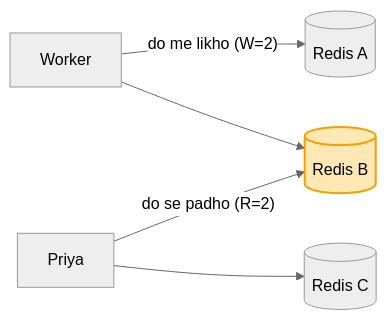
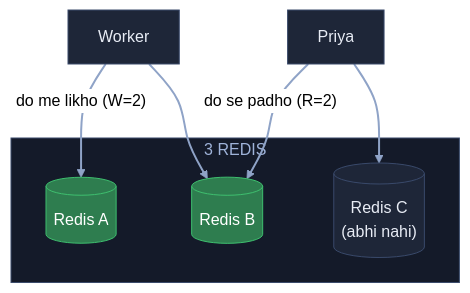
Before and after one commit to ArpanMaheshwari144/Prep: the tenth of 11 diagrams in 04_HLD/SYSTEM_DESIGNS/08_news_aggregator/08_news_aggregator.md, drawn with Mermaid (neutral theme). The commit also changed other lines of this file, not shown here.

Commit message:
News: 11 diagram YouTube (reel) wale card andaaz me

````diff
--- a/04_HLD/SYSTEM_DESIGNS/08_news_aggregator/08_news_aggregator.md
+++ b/04_HLD/SYSTEM_DESIGNS/08_news_aggregator/08_news_aggregator.md
@@ -199,8 +298,20 @@
 ```mermaid
-flowchart LR
-    W["Worker"] -- "do me likho (W=2)" --> A[("Redis A")]
-    W --> B[("Redis B")]
-    P["Priya"] -- "do se padho (R=2)" --> B
-    P --> C[("Redis C")]
-    style B fill:#ffe8b3,stroke:#f59f00,stroke-width:2px,color:#000
+flowchart TB
+    W["Worker"]:::card
+    subgraph RD["3 REDIS"]
+        A[("Redis A")]:::good
+        B[("Redis B")]:::good
+        C[("Redis C<br/>(abhi nahi)")]:::card
+    end
+    P["Priya"]:::card
+    W -- "do me likho (W=2)" --> A
+    W --> B
+    P -- "do se padho (R=2)" --> B
+    P --> C
+    linkStyle default stroke:#8fa3c7,stroke-width:2px
+    classDef card fill:#1e2638,stroke:#3a4a6b,color:#e8ecf5
+    classDef pill fill:#f5c542,stroke:#f5c542,color:#000
+    classDef good fill:#2e7d4f,stroke:#3fbf6f,color:#fff
+    classDef bad fill:#5c1f24,stroke:#e05561,color:#fff
+    style RD fill:#141a29,stroke:#3a4a6b,color:#9fb3d9
 ```
````
